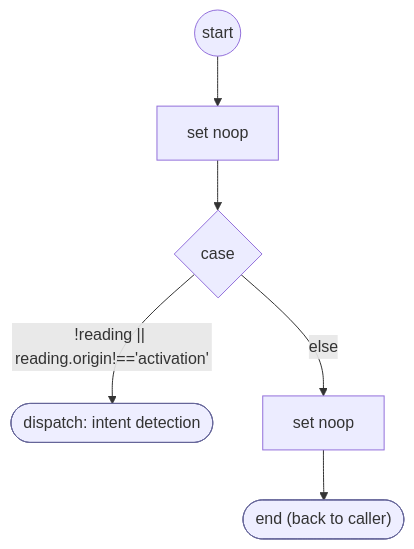
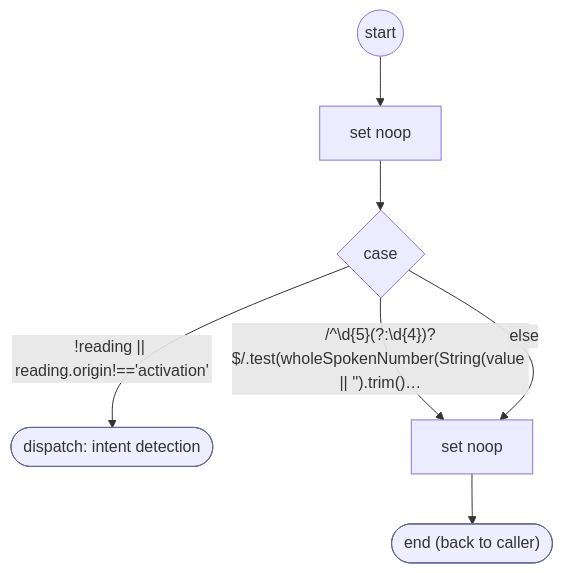
One commit to ronpinkas/jsfe changed the diagram in docs/flows/shopify/shopify-ql-product-city-validate.md. Above: the diagram before and after it, drawn with Mermaid. The commit also changed 5 other files, not shown here.

First line of the commit message:
flows: system.flows.json and shopify.flows.json synced with prod (soft form confirmation, spoken ZIP at the store locator; hy-rag-lambdas v1.178.0), 2026-11-08; flow docs regenerated.

````diff
--- a/docs/flows/shopify/shopify-ql-product-city-validate.md
+++ b/docs/flows/shopify/shopify-ql-product-city-validate.md
@@ -18,20 +18,21 @@
 ```mermaid
 flowchart TD
    START(("start"))
    n0["set noop"]
    START --> n0
    c1{"case"}
    n0 --> c1
    b2(["dispatch: intent detection"])
    class b2 endstep
    c1 -- "!reading #124;#124; reading.origin!=='activation'" --> b2
    n3["set noop"]
+   c1 -- "/^\d#123;5#125;(?:\d#123;4#125;)?$/.test(wholeSpokenNumber(String(value #124;#124; '').trim()…" --> n3
    c1 -- "else" --> n3
    DONE(["end (back to caller)"])
    class DONE endstep
    n3 --> DONE
    classDef endstep fill:#eef,stroke:#669
    classDef toolstep fill:#efe,stroke:#696
    classDef flowstep fill:#fef6e0,stroke:#b80
    classDef inputstep fill:#f3eefc,stroke:#75a
 ```
````
